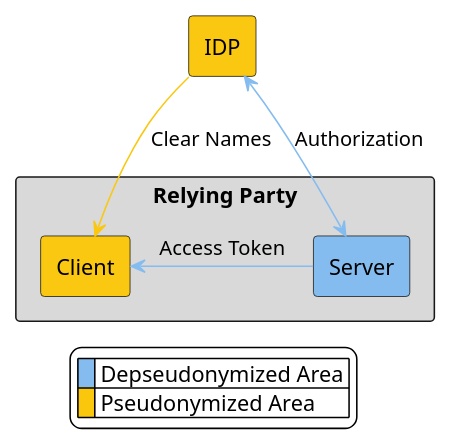
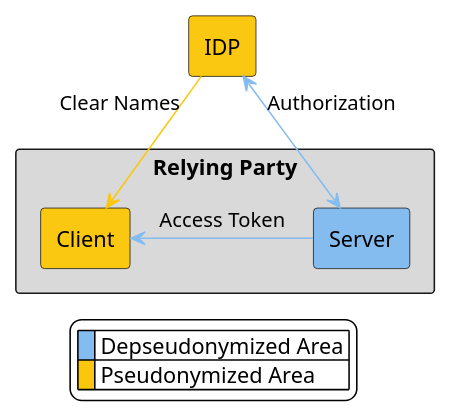
The diagram in diagrams/connection.puml (bettermarks/D16N), drawn with PlantUML before and after one commit. The commit also changed 3 other files, not shown here.

```diff
--- a/diagrams/connection.puml
+++ b/diagrams/connection.puml
@@ -1,20 +1,20 @@
 @startuml
 skinparam backgroundColor white
 
 rectangle IDP #FAC711
 
 rectangle RelyingParty as "Relying Party" #D9D9D9 {
   rectangle Client #FAC711
   rectangle Server #85BCF0
 }
 
-IDP <-[#85BCF0]down-> Server : Authorization
-IDP -[#FAC711]left-> Client : Clear Names
+IDP "Authorization" <-[#85BCF0]down-> Server
+IDP "Clear Names" -[#FAC711]left-> Client
 Client <-[#85BCF0]right- Server : Access Token
 
  legend
  |<back:#85BCF0>   </back>| Depseudonymized Area |
  |<back:#FAC711>   </back>| Pseudonymized Area |
  endlegend
 
 @enduml
```
